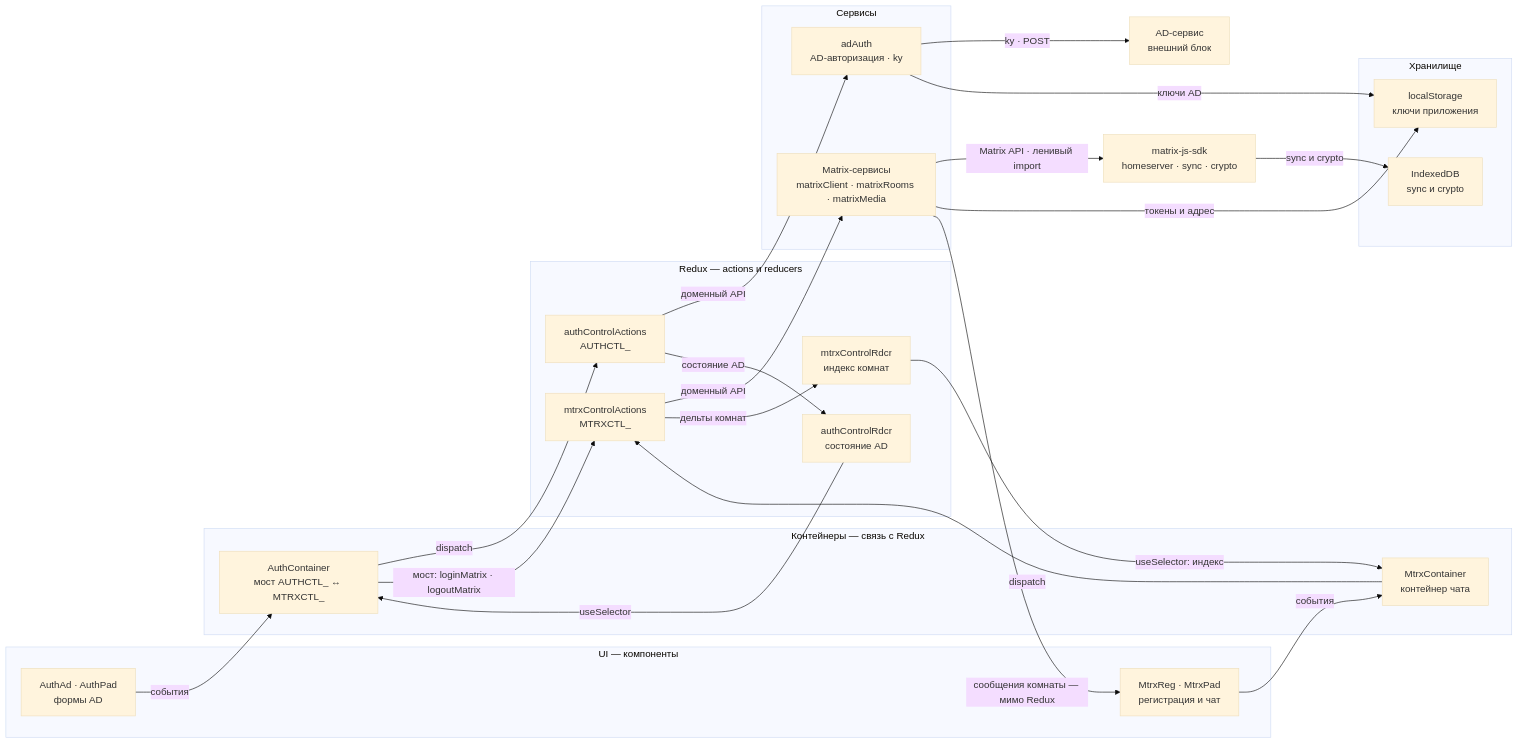
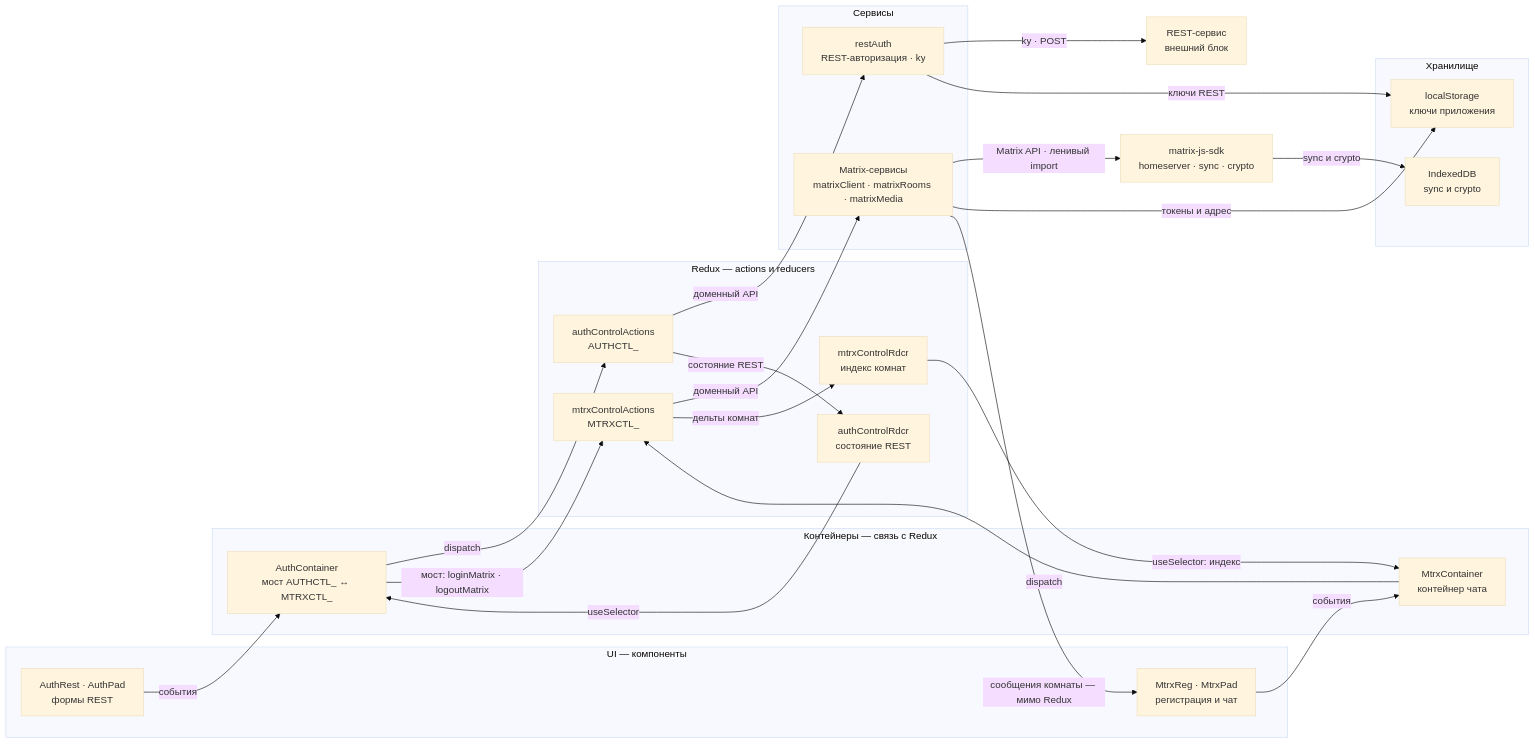
One commit to ars-anosov/matrix-react changed the first of 5 diagrams in docs/STATE.md. Above: the diagram before and after it, drawn with Mermaid (base theme). The commit also changed other lines of this file and 30 other files, not shown here.

````diff
--- a/docs/STATE.md
+++ b/docs/STATE.md
@@ -15,42 +15,42 @@
 ```mermaid
 flowchart LR
   subgraph UI["UI — компоненты"]
-    ViewAd["AuthAd · AuthPad<br/>формы AD"]
+    ViewAuth["AuthRest · AuthPad<br/>формы REST"]
     ViewMtrx["MtrxReg · MtrxPad<br/>регистрация и чат"]
   end
   subgraph CT["Контейнеры — связь с Redux"]
     Bridge["AuthContainer<br/>мост AUTHCTL_ ↔ MTRXCTL_"]
     MtrxCnt["MtrxContainer<br/>контейнер чата"]
   end
   subgraph RX["Redux — actions и reducers"]
-    AdAct["authControlActions<br/>AUTHCTL_"]
-    AdStore["authControlRdcr<br/>состояние AD"]
+    AuthAct["authControlActions<br/>AUTHCTL_"]
+    AuthStore["authControlRdcr<br/>состояние REST"]
     MtrxAct["mtrxControlActions<br/>MTRXCTL_"]
     MtrxStore["mtrxControlRdcr<br/>индекс комнат"]
   end
   subgraph SV["Сервисы"]
-    AdSvc["adAuth<br/>AD-авторизация · ky"]
+    RestSvc["restAuth<br/>REST-авторизация · ky"]
     MtrxSvc["Matrix-сервисы<br/>matrixClient · matrixRooms · matrixMedia"]
   end
   subgraph ST["Хранилище"]
     Ls["localStorage<br/>ключи приложения"]
     Idb["IndexedDB<br/>sync и crypto"]
   end
-  ViewAd -->|события| Bridge
-  Bridge -->|dispatch| AdAct
-  AdAct -->|доменный API| AdSvc
-  AdSvc -->|ky · POST| AdRes["AD-сервис<br/>внешний блок"]
-  AdAct -->|состояние AD| AdStore
-  AdStore -->|useSelector| Bridge
-  AdSvc -->|ключи AD| Ls
+  ViewAuth -->|события| Bridge
+  Bridge -->|dispatch| AuthAct
+  AuthAct -->|доменный API| RestSvc
+  RestSvc -->|ky · POST| RestRes["REST-сервис<br/>внешний блок"]
+  AuthAct -->|состояние REST| AuthStore
+  AuthStore -->|useSelector| Bridge
+  RestSvc -->|ключи REST| Ls
   ViewMtrx -->|события| MtrxCnt
   MtrxCnt -->|dispatch| MtrxAct
   MtrxAct -->|доменный API| MtrxSvc
   MtrxSvc -->|Matrix API · ленивый import| Sdk["matrix-js-sdk<br/>homeserver · sync · crypto"]
   MtrxAct -->|дельты комнат| MtrxStore
   MtrxStore -->|useSelector: индекс| MtrxCnt
   MtrxSvc -->|токены и адрес| Ls
   Sdk -->|sync и crypto| Idb
   MtrxSvc -->|сообщения комнаты — мимо Redux| ViewMtrx
   Bridge -->|мост: loginMatrix · logoutMatrix| MtrxAct
 ```
````
